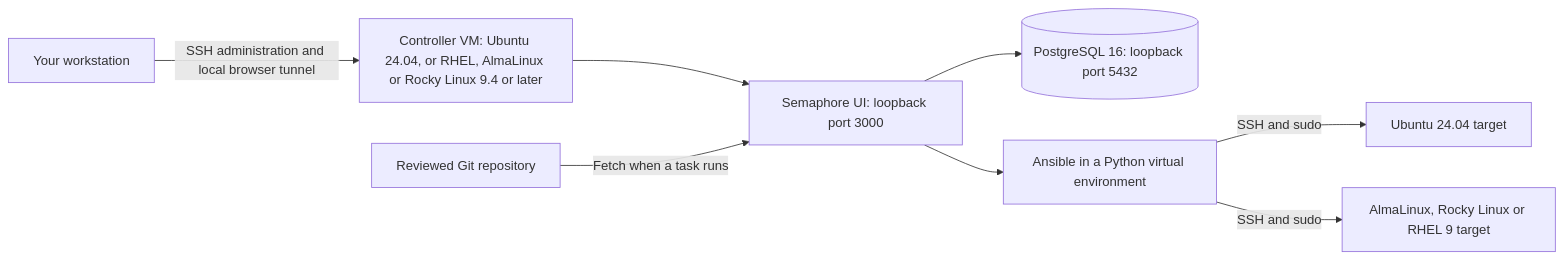
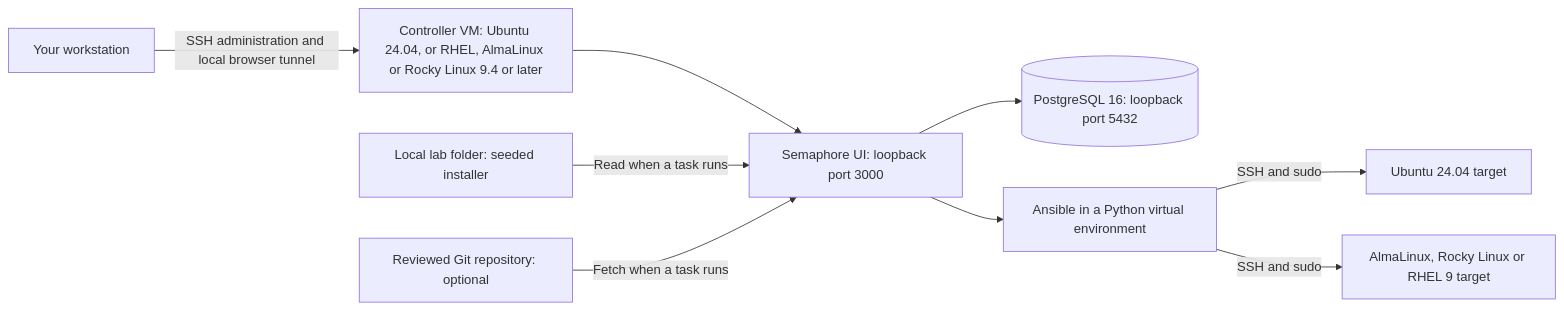
The diagram in README.md (kevo099/ansible-semaphore-guide), drawn with Mermaid before and after one commit. The commit also changed other lines of this file and 13 other files, not shown here.

````diff
--- a/README.md
+++ b/README.md
@@ -18,10 +18,11 @@
 ```mermaid
 flowchart LR
     W[Your workstation] -->|SSH administration and local browser tunnel| C[Controller VM: Ubuntu 24.04, or RHEL, AlmaLinux or Rocky Linux 9.4 or later]
     C --> S[Semaphore UI: loopback port 3000]
     S --> P[(PostgreSQL 16: loopback port 5432)]
     S --> A[Ansible in a Python virtual environment]
-    G[Reviewed Git repository] -->|Fetch when a task runs| S
+    L[Local lab folder: seeded installer] -->|Read when a task runs| S
+    G[Reviewed Git repository: optional] -->|Fetch when a task runs| S
     A -->|SSH and sudo| U[Ubuntu 24.04 target]
     A -->|SSH and sudo| E[AlmaLinux, Rocky Linux or RHEL 9 target]
 ```
````
